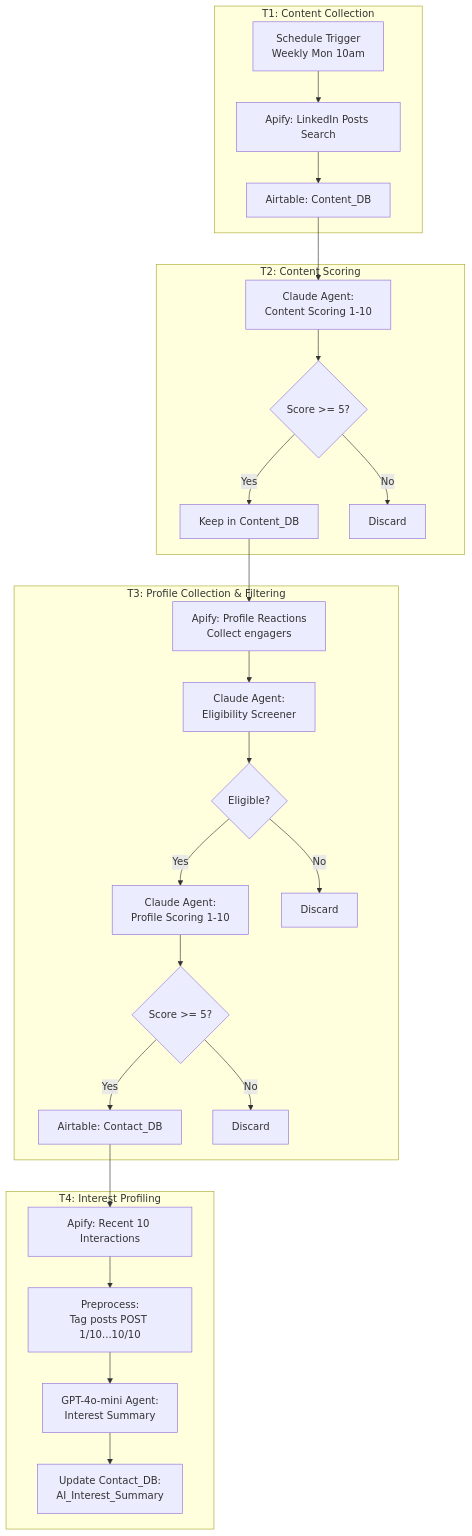
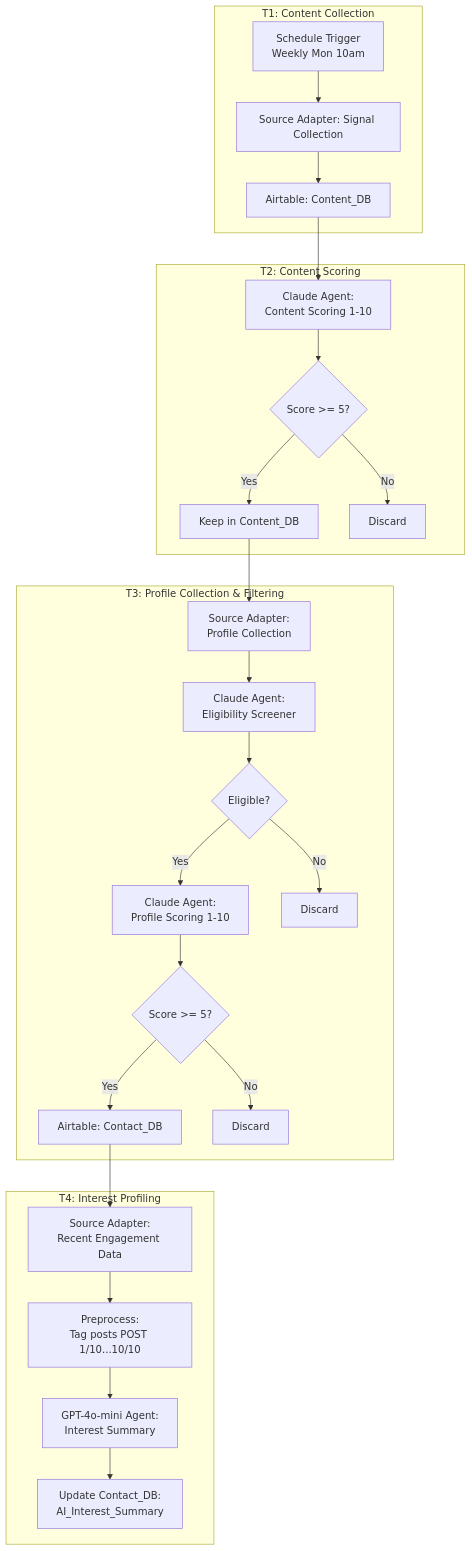
Before and after one commit to SohyunLabs/ai-sdr-outreach-system: the diagram in docs/lead-discovery.md, drawn with Mermaid. The commit also changed other lines of this file and 66 other files, not shown here.

````diff
--- a/docs/lead-discovery.md
+++ b/docs/lead-discovery.md
@@ -9,32 +11,32 @@
 ```mermaid
 flowchart TB
     subgraph T1["T1: Content Collection"]
-        S1[Schedule Trigger\nWeekly Mon 10am] --> S2[Apify: LinkedIn Posts Search]
+        S1[Schedule Trigger\nWeekly Mon 10am] --> S2[Source Adapter: Signal Collection]
         S2 --> S3[Airtable: Content_DB]
     end
 
     subgraph T2["T2: Content Scoring"]
         S3 --> S4[Claude Agent:\nContent Scoring 1-10]
         S4 --> S5{Score >= 5?}
         S5 -->|Yes| S6[Keep in Content_DB]
         S5 -->|No| S7[Discard]
     end
 
     subgraph T3["T3: Profile Collection & Filtering"]
-        S6 --> S8[Apify: Profile Reactions\nCollect engagers]
+        S6 --> S8[Source Adapter:\nProfile Collection]
         S8 --> S9[Claude Agent:\nEligibility Screener]
         S9 --> S10{Eligible?}
         S10 -->|Yes| S11[Claude Agent:\nProfile Scoring 1-10]
         S10 -->|No| S12[Discard]
         S11 --> S13{Score >= 5?}
         S13 -->|Yes| S14[Airtable: Contact_DB]
         S13 -->|No| S15[Discard]
     end
 
     subgraph T4["T4: Interest Profiling"]
-        S14 --> S16[Apify: Recent 10 Interactions]
+        S14 --> S16[Source Adapter:\nRecent Engagement Data]
         S16 --> S17[Preprocess:\nTag posts POST 1/10...10/10]
         S17 --> S18[GPT-4o-mini Agent:\nInterest Summary]
         S18 --> S19[Update Contact_DB:\nAI_Interest_Summary]
     end
 ```
````
